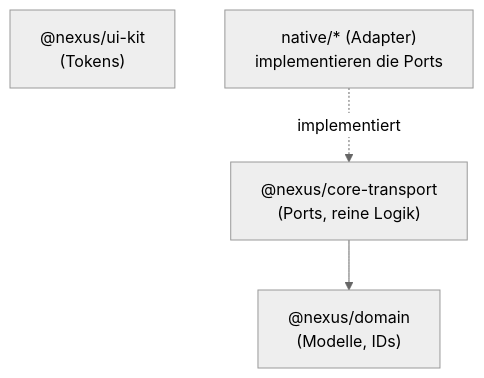
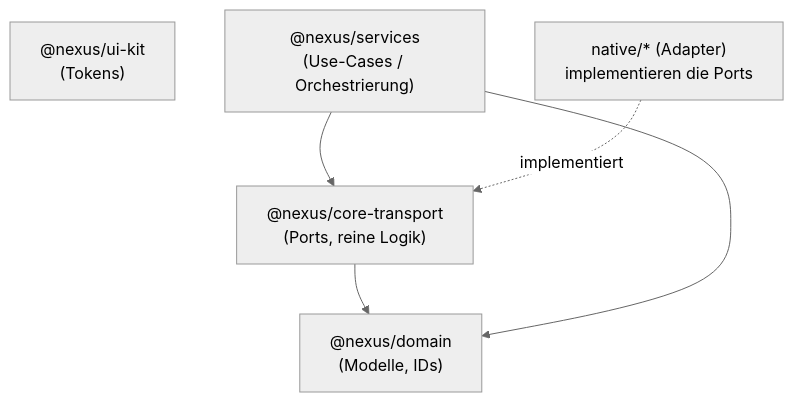
One commit to muckiseftle/ITM-Nexus changed the first of 2 diagrams in docs/10-Implementierung.md. Above: the diagram before and after it, drawn with Mermaid (neutral theme). The commit also changed other lines of this file and 19 other files, not shown here.

````diff
--- a/docs/10-Implementierung.md
+++ b/docs/10-Implementierung.md
@@ -78,10 +80,13 @@
 ```mermaid
 flowchart TD
     UIKIT["@nexus/ui-kit\n(Tokens)"]
     DOMAIN["@nexus/domain\n(Modelle, IDs)"]
     TRANSPORT["@nexus/core-transport\n(Ports, reine Logik)"]
+    SERVICES["@nexus/services\n(Use-Cases / Orchestrierung)"]
     NATIVE["native/* (Adapter)\nimplementieren die Ports"]
 
     TRANSPORT --> DOMAIN
+    SERVICES --> TRANSPORT
+    SERVICES --> DOMAIN
     NATIVE -. implementiert .-> TRANSPORT
 ```
````
